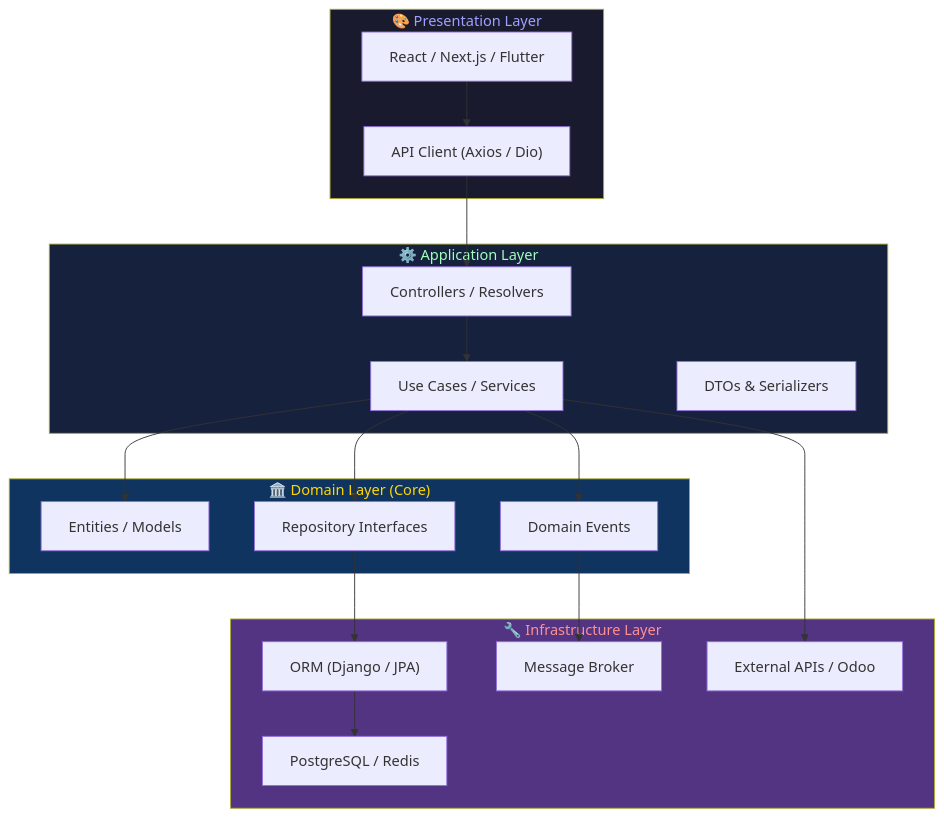
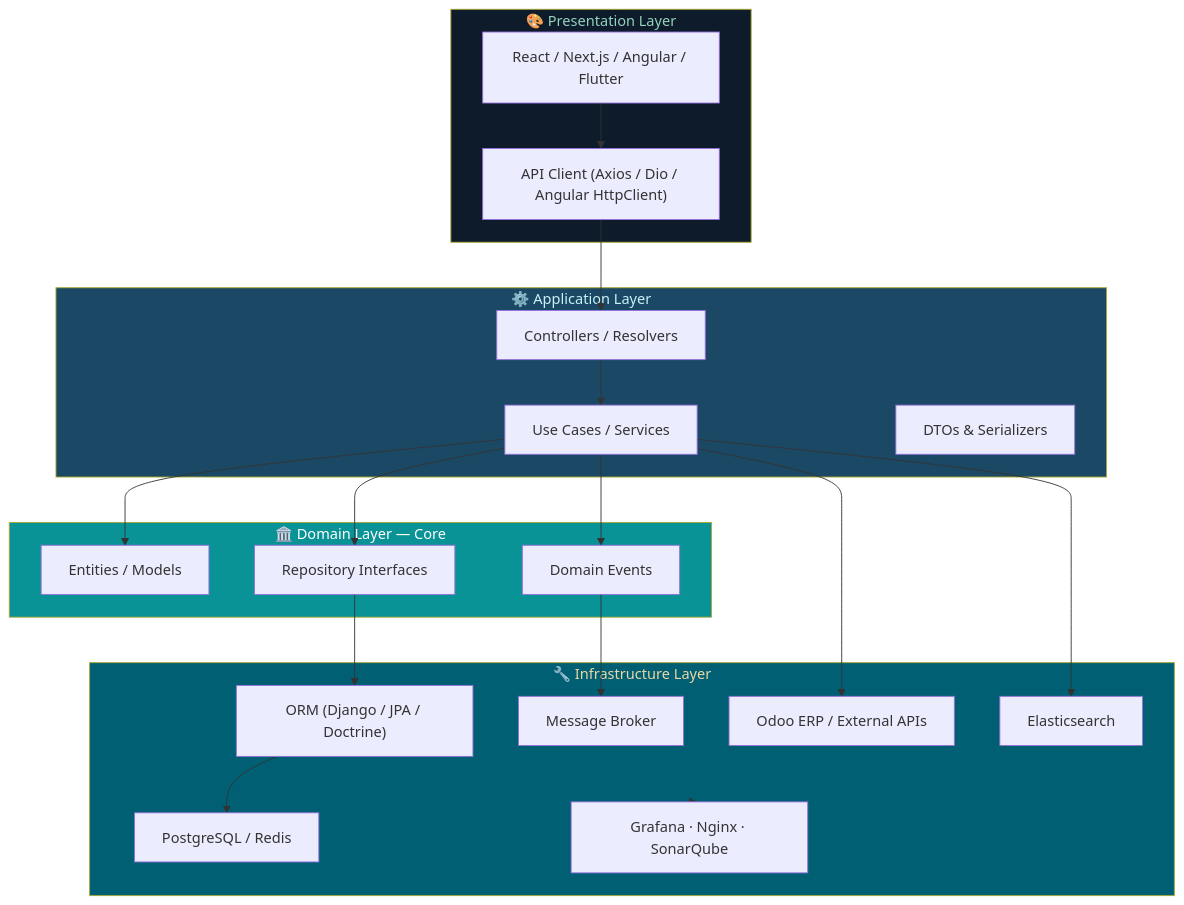
The fourth of 5 diagrams in README.md (maximedorlin/maximedorlin), drawn with Mermaid before and after one commit. The commit also changed other lines of this file, not shown here.

````diff
--- a/README.md
+++ b/README.md
@@ -422,38 +393,41 @@
 ```mermaid
 graph TD
     subgraph PRESENTATION["🎨 Presentation Layer"]
-        UI["React / Next.js / Flutter"]
-        API_C["API Client (Axios / Dio)"]
+        UI["React / Next.js / Angular / Flutter"]
+        API_C["API Client (Axios / Dio / Angular HttpClient)"]
     end
 
     subgraph APPLICATION["⚙️ Application Layer"]
         CTRL["Controllers / Resolvers"]
         UC["Use Cases / Services"]
         DTO["DTOs & Serializers"]
     end
 
-    subgraph DOMAIN["🏛️ Domain Layer (Core)"]
+    subgraph DOMAIN["🏛️ Domain Layer — Core"]
         ENT["Entities / Models"]
         REP["Repository Interfaces"]
         EVT["Domain Events"]
     end
 
     subgraph INFRASTRUCTURE["🔧 Infrastructure Layer"]
-        ORM["ORM (Django / JPA)"]
+        ORM["ORM (Django / JPA / Doctrine)"]
         DB["PostgreSQL / Redis"]
-        EXT["External APIs / Odoo"]
+        EXT["Odoo ERP / External APIs"]
         MSG["Message Broker"]
+        SEARCH["Elasticsearch"]
+        OBS["Grafana · Nginx · SonarQube"]
     end
 
     UI --> API_C --> CTRL --> UC
     UC --> ENT & REP & EVT
-    REP --> ORM
-    ORM --> DB
+    REP --> ORM --> DB
     UC --> EXT
     EVT --> MSG
+    UC --> SEARCH
+    INFRASTRUCTURE --> OBS
 
-    style PRESENTATION fill:#1a1a2e,color:#a0a0ff
-    style APPLICATION fill:#16213e,color:#a0ffb8
-    style DOMAIN fill:#0f3460,color:#ffd700
-    style INFRASTRUCTURE fill:#533483,color:#ff9090
+    style PRESENTATION fill:#0d1b2a,color:#94d2bd
+    style APPLICATION fill:#1b4965,color:#caf0f8
+    style DOMAIN fill:#0a9396,color:#ffffff
+    style INFRASTRUCTURE fill:#005f73,color:#e9d8a6
 ```
````
